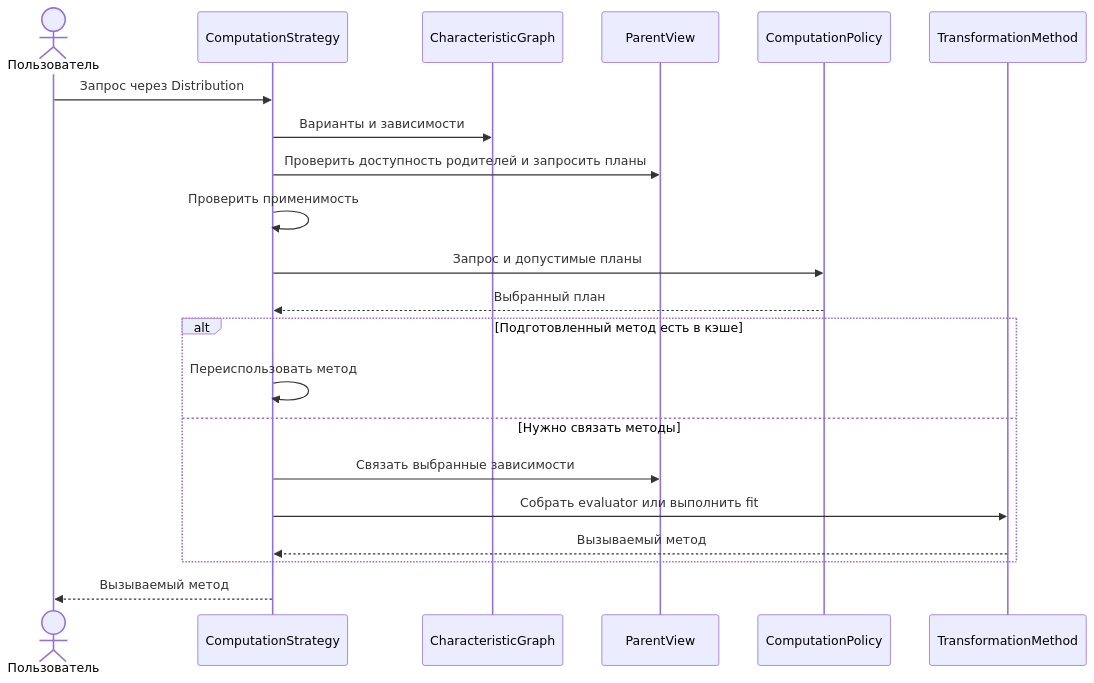
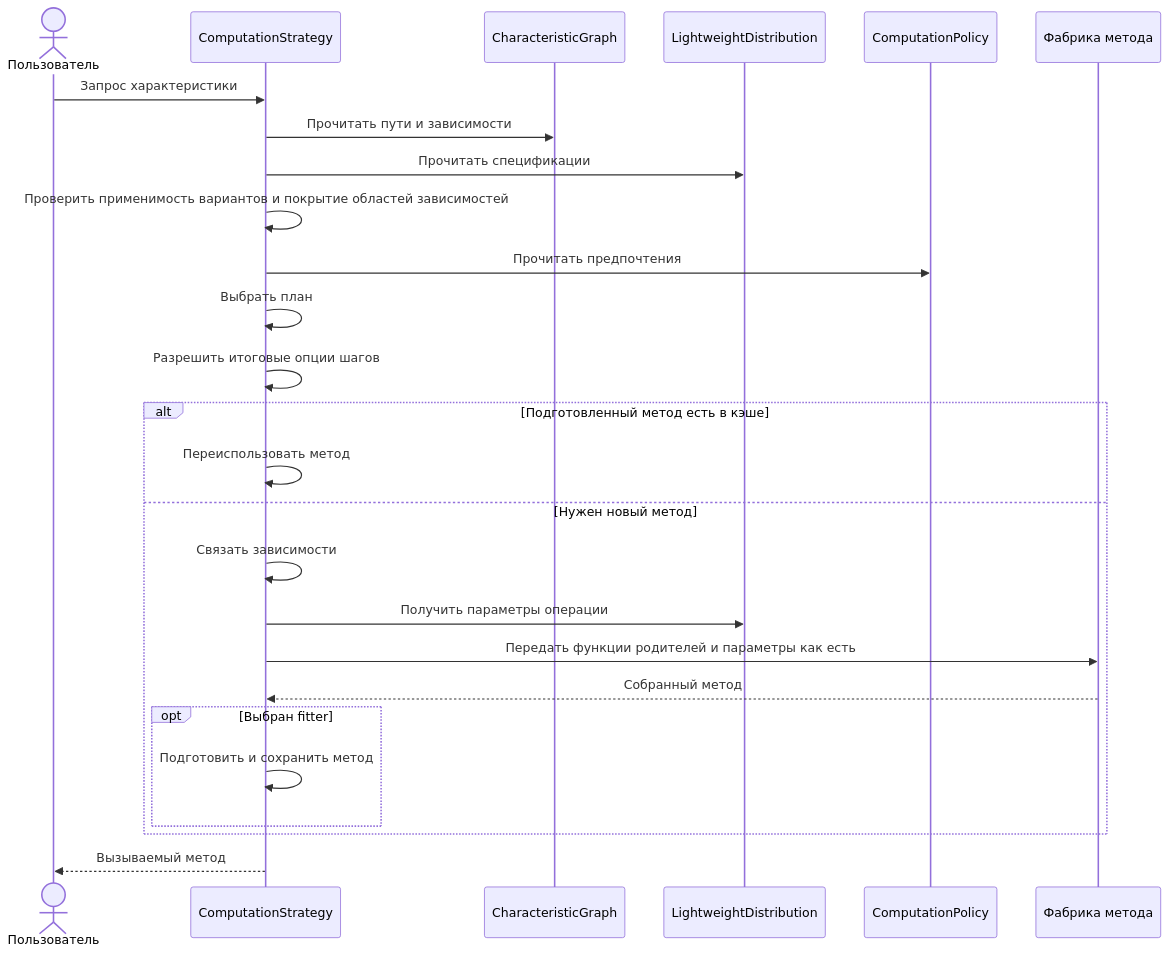
Before and after one commit to siwreienta/pysatl-core-report: the fifth of 5 diagrams in architecture/ADR-0001-entry-computations.md, drawn with Mermaid. The commit also changed other lines of this file, not shown here.

First line of the commit message:
docs(architecture): update entry computation decision

````diff
--- a/architecture/ADR-0001-entry-computations.md
+++ b/architecture/ADR-0001-entry-computations.md
@@ -253,23 +157,28 @@
 ```mermaid
 sequenceDiagram
     actor U as Пользователь
     participant S as ComputationStrategy
     participant G as CharacteristicGraph
-    participant R as ParentView
+    participant B as LightweightDistribution
     participant P as ComputationPolicy
-    participant M as TransformationMethod
-    U->>S: Запрос через Distribution
-    S->>G: Варианты и зависимости
-    S->>R: Проверить доступность родителей и запросить планы
-    S->>S: Проверить применимость
-    S->>P: Запрос и допустимые планы
-    P-->>S: Выбранный план
+    participant F as Фабрика метода
+    U->>S: Запрос характеристики
+    S->>G: Прочитать пути и зависимости
+    S->>B: Прочитать спецификации
+    S->>S: Проверить применимость вариантов и покрытие областей зависимостей
+    S->>P: Прочитать предпочтения
+    S->>S: Выбрать план
+    S->>S: Разрешить итоговые опции шагов
     alt Подготовленный метод есть в кэше
         S->>S: Переиспользовать метод
-    else Нужно связать методы
-        S->>R: Связать выбранные зависимости
-        S->>M: Собрать evaluator или выполнить fit
-        M-->>S: Вызываемый метод
+    else Нужен новый метод
+        S->>S: Связать зависимости
+        S->>B: Получить параметры операции
+        S->>F: Передать функции родителей и параметры как есть
+        F-->>S: Собранный метод
+        opt Выбран fitter
+            S->>S: Подготовить и сохранить метод
+        end
     end
     S-->>U: Вызываемый метод
 ```
````
